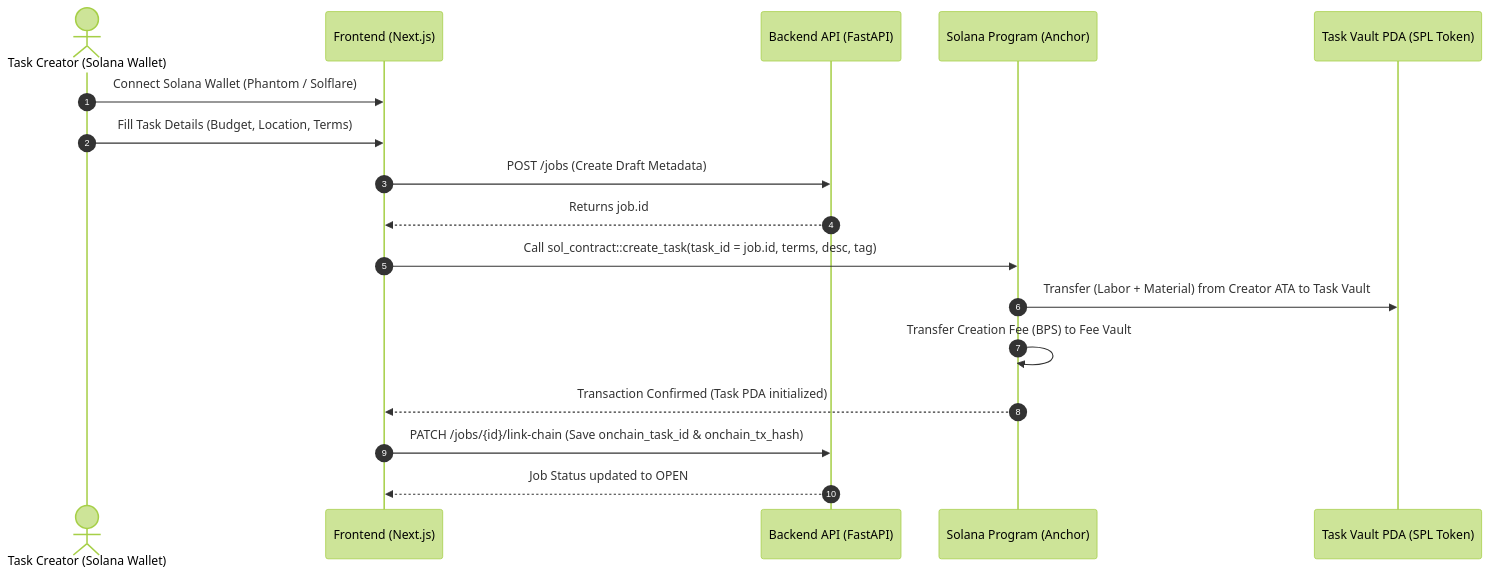
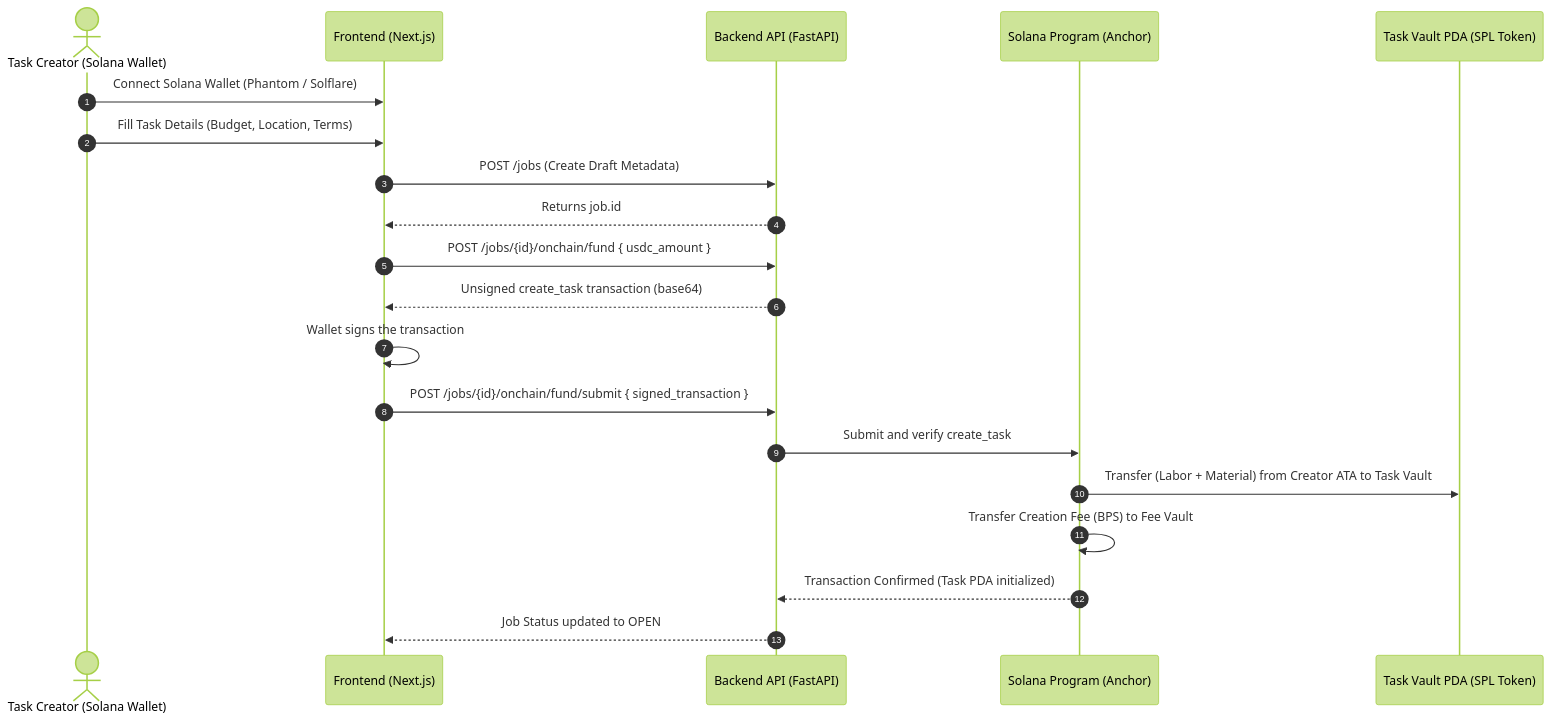
The second of 5 diagrams in reach_flows_and_architecture_documentation.md (Penivera/Reach), drawn with Mermaid (forest theme) before and after one commit. The commit also changed other lines of this file and 50 other files, not shown here.

````diff
--- a/reach_flows_and_architecture_documentation.md
+++ b/reach_flows_and_architecture_documentation.md
@@ -76,20 +77,23 @@
 ```mermaid
 sequenceDiagram
     autonumber
     actor Creator as Task Creator (Solana Wallet)
     participant Client as Frontend (Next.js)
     participant Server as Backend API (FastAPI)
     participant Sol as Solana Program (Anchor)
     participant Vault as Task Vault PDA (SPL Token)
 
     Creator->>Client: Connect Solana Wallet (Phantom / Solflare)
     Creator->>Client: Fill Task Details (Budget, Location, Terms)
     Client->>Server: POST /jobs (Create Draft Metadata)
     Server-->>Client: Returns job.id
-    Client->>Sol: Call sol_contract::create_task(task_id = job.id, terms, desc, tag)
+    Client->>Server: POST /jobs/{id}/onchain/fund { usdc_amount }
+    Server-->>Client: Unsigned create_task transaction (base64)
+    Client->>Client: Wallet signs the transaction
+    Client->>Server: POST /jobs/{id}/onchain/fund/submit { signed_transaction }
+    Server->>Sol: Submit and verify create_task
     Sol->>Vault: Transfer (Labor + Material) from Creator ATA to Task Vault
     Sol->>Sol: Transfer Creation Fee (BPS) to Fee Vault
-    Sol-->>Client: Transaction Confirmed (Task PDA initialized)
-    Client->>Server: PATCH /jobs/{id}/link-chain (Save onchain_task_id & onchain_tx_hash)
+    Sol-->>Server: Transaction Confirmed (Task PDA initialized)
     Server-->>Client: Job Status updated to OPEN
 ```
````
